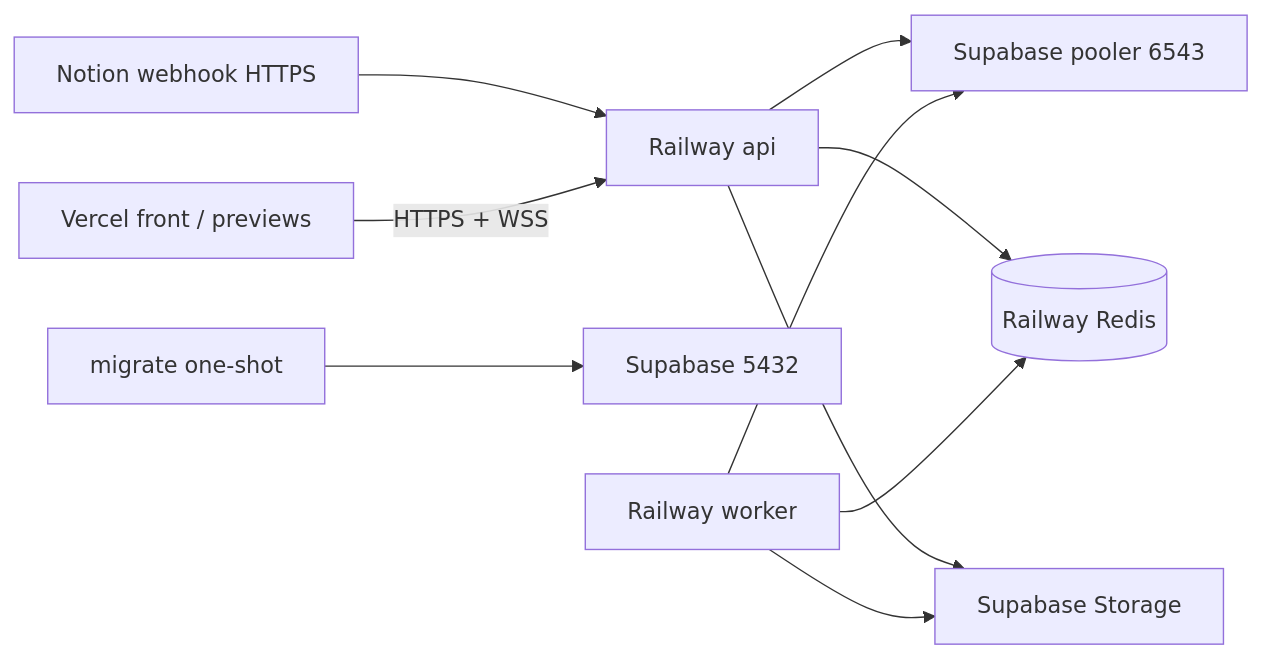
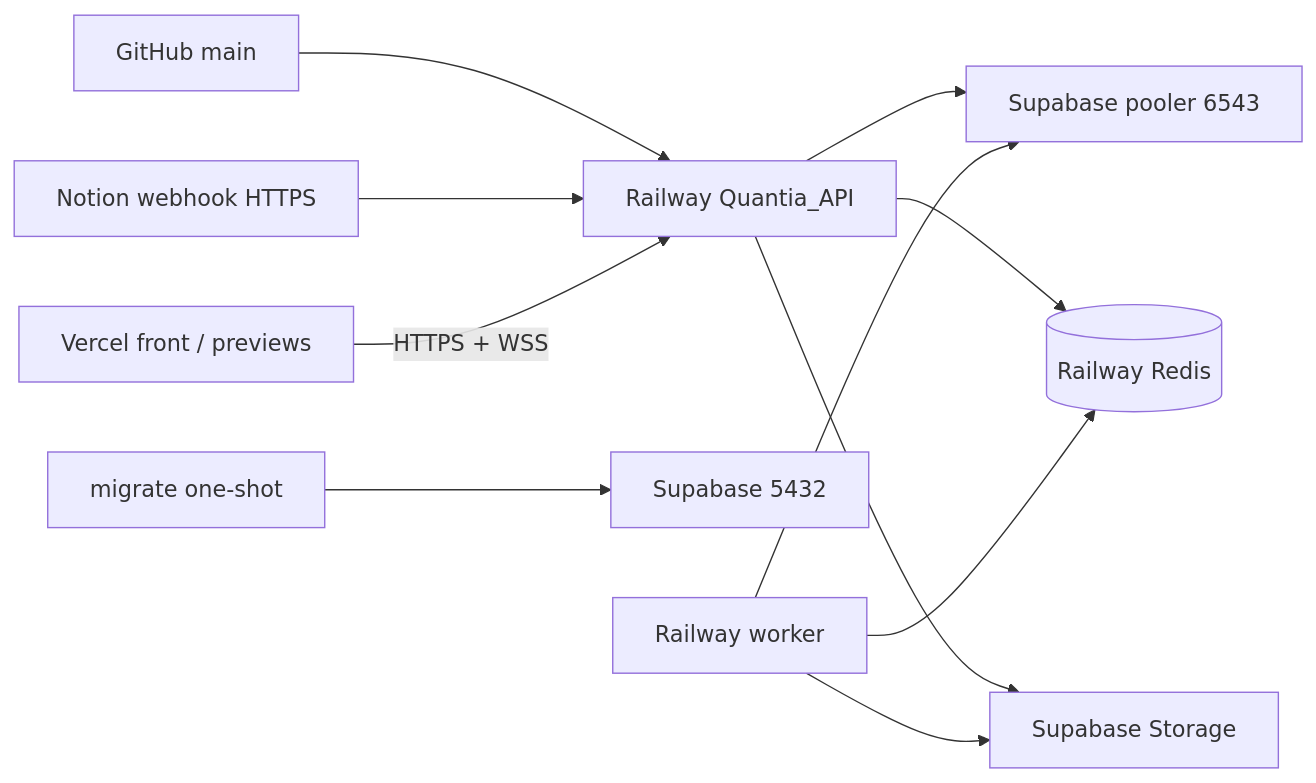
One commit to julianmeoficial/Quantia_API changed the diagram in docs/architecture/deploy.md. Above: the diagram before and after it, drawn with Mermaid. The commit also changed other lines of this file and 6 other files, not shown here.

First line of the commit message:
docs(ops): unify staging on GitHub-backed Quantia_API domain

````diff
--- a/docs/architecture/deploy.md
+++ b/docs/architecture/deploy.md
@@ -20,12 +23,13 @@
 ```mermaid
 flowchart LR
-  NotionWH["Notion webhook HTTPS"] --> Api["Railway api"]
-  Vercel["Vercel front / previews"] -->|"HTTPS + WSS"| Api
-  Api --> Pooler["Supabase pooler 6543"]
+  GH["GitHub main"] --> QuantiaAPI["Railway Quantia_API"]
+  NotionWH["Notion webhook HTTPS"] --> QuantiaAPI
+  Vercel["Vercel front / previews"] -->|"HTTPS + WSS"| QuantiaAPI
+  QuantiaAPI --> Pooler["Supabase pooler 6543"]
   Migrate["migrate one-shot"] --> Direct["Supabase 5432"]
-  Api --> Redis[(Railway Redis)]
+  QuantiaAPI --> Redis[(Railway Redis)]
   Worker["Railway worker"] --> Redis
   Worker --> Pooler
-  Api --> Storage["Supabase Storage"]
+  QuantiaAPI --> Storage["Supabase Storage"]
   Worker --> Storage
 ```
````
